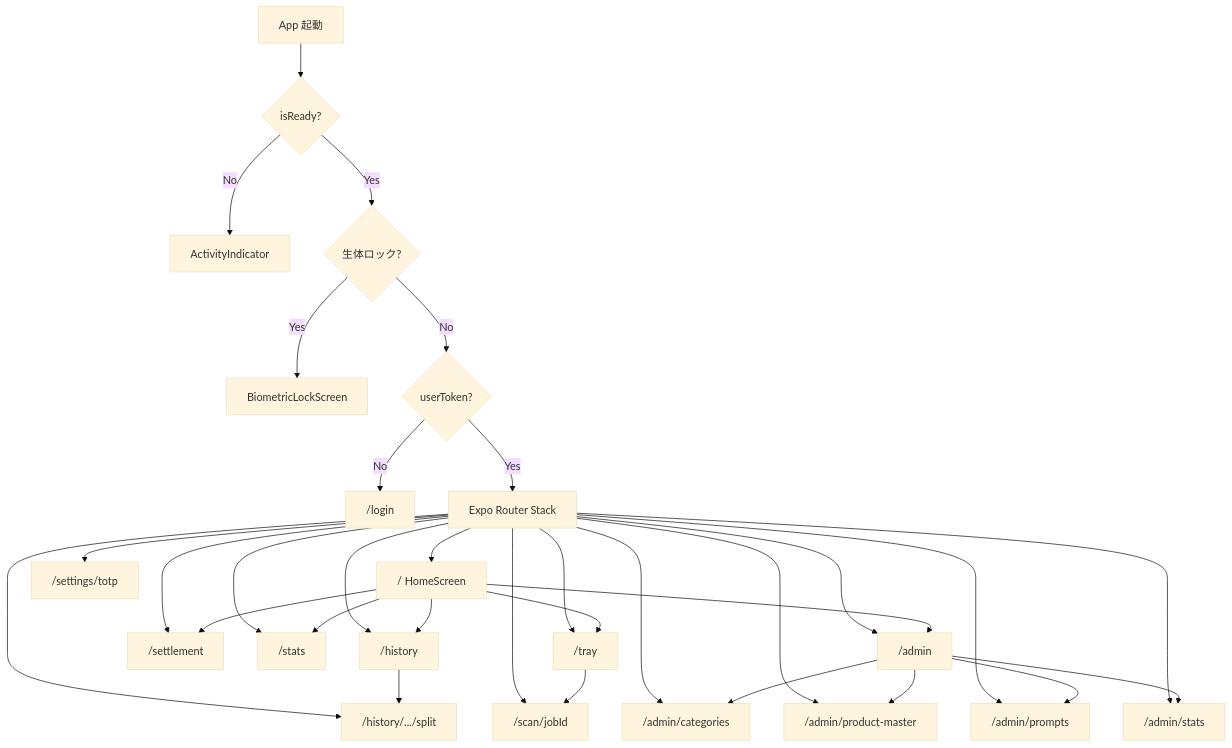
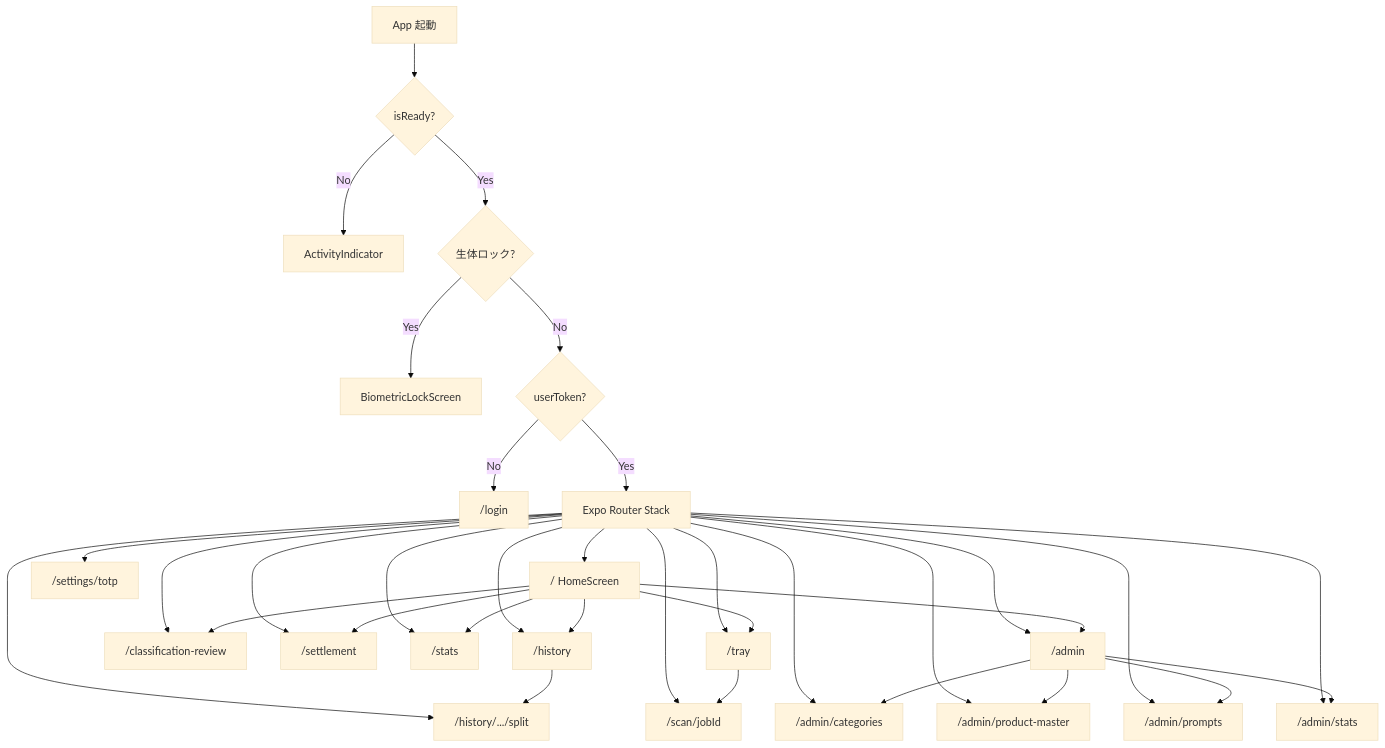
Before and after one commit to yama180sx/receipt-ai-app: the first of 4 diagrams in docs/design/frontend-screens.md, drawn with Mermaid (base theme). The commit also changed other lines of this file and 22 other files, not shown here.

````diff
--- a/docs/design/frontend-screens.md
+++ b/docs/design/frontend-screens.md
@@ -68,29 +69,30 @@
 ```mermaid
 flowchart TD
   Start[App 起動] --> Ready{isReady?}
   Ready -->|No| Loading[ActivityIndicator]
   Ready -->|Yes| Bio{生体ロック?}
   Bio -->|Yes| BioScreen[BiometricLockScreen]
   Bio -->|No| Auth{userToken?}
   Auth -->|No| Login["/login"]
   Auth -->|Yes| Routes[Expo Router Stack]
 
   Routes --> Home["/ HomeScreen"]
   Routes --> Hist["/history"]
+  Routes --> Review["/classification-review"]
   Routes --> Split["/history/.../split"]
   Routes --> Settle["/settlement"]
   Routes --> Stats["/stats"]
   Routes --> Tray["/tray"]
   Routes --> Scan["/scan/jobId"]
   Routes --> Admin["/admin"]
   Routes --> Cat["/admin/categories"]
   Routes --> Prod["/admin/product-master"]
   Routes --> Prompt["/admin/prompts"]
   Routes --> AdminS["/admin/stats"]
   Routes --> Totp["/settings/totp"]
 
-  Home --> Hist & Stats & Tray & Settle & Admin
+  Home --> Hist & Review & Stats & Tray & Settle & Admin
   Tray --> Scan
   Hist --> Split
   Admin --> Cat & Prod & Prompt & AdminS
 ```
````
